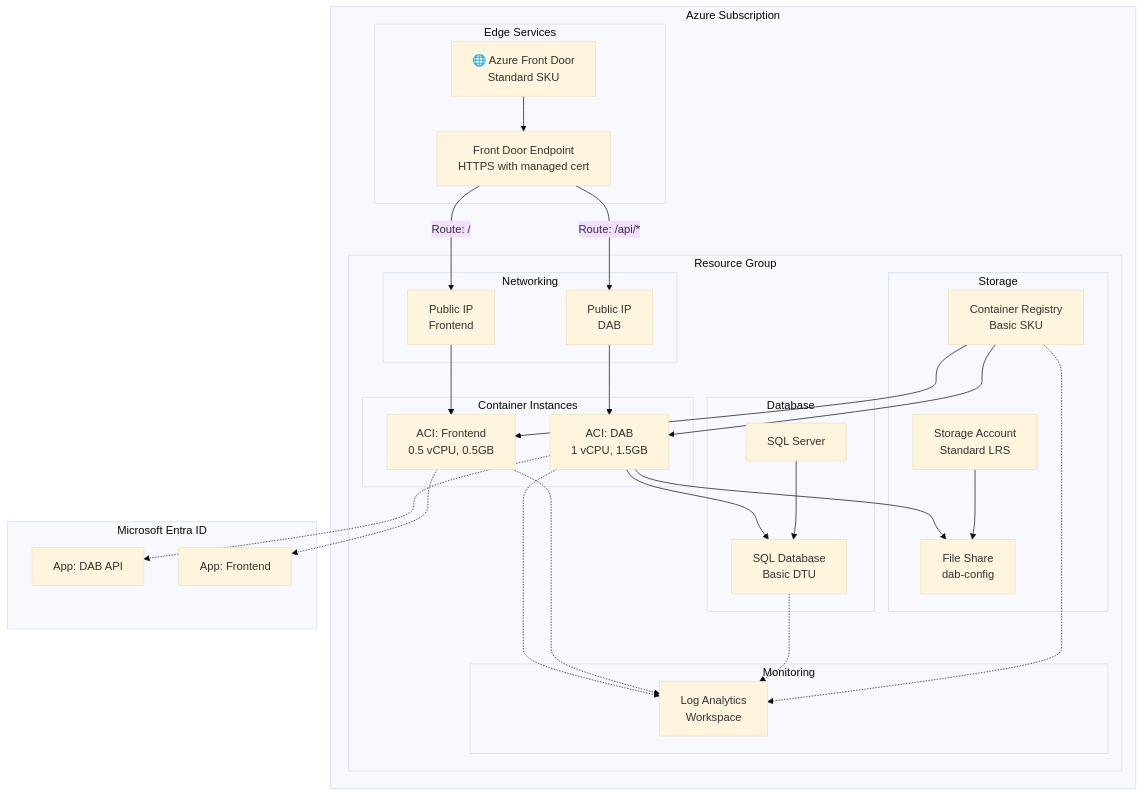
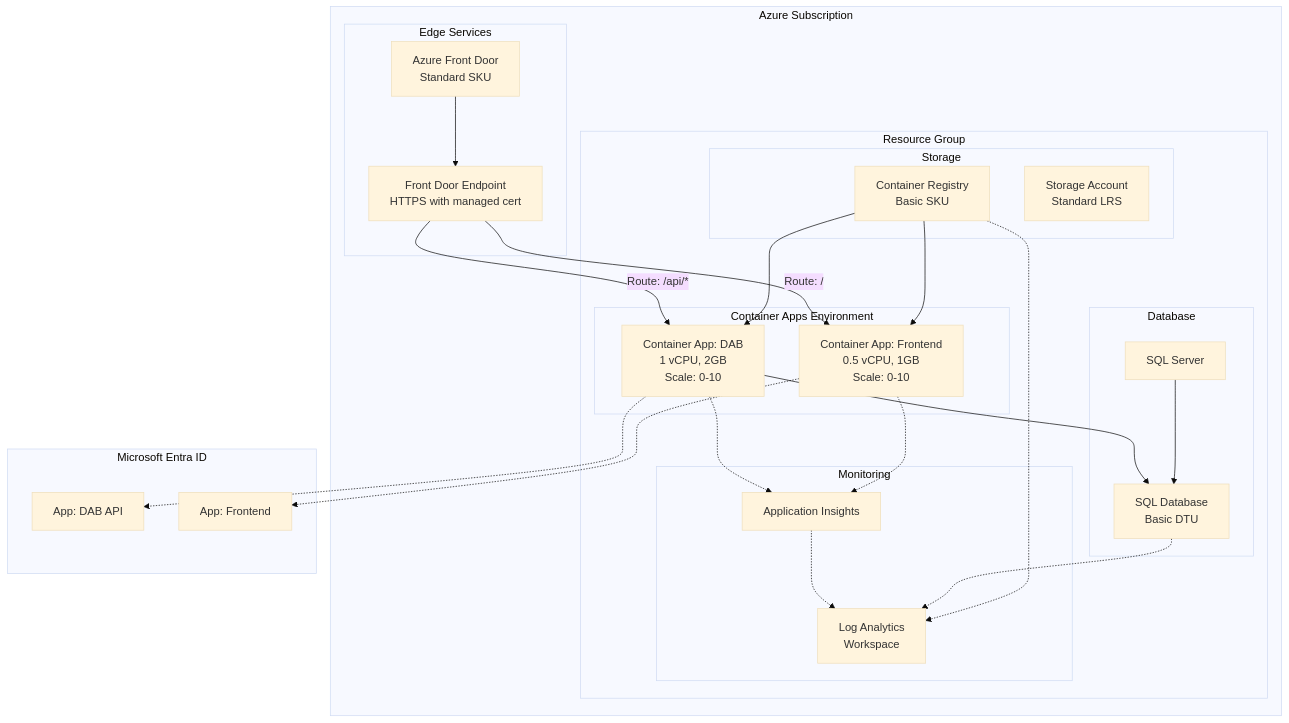
One commit to fgarofalo56/azure-dab-fullstack-demo changed the tenth of 13 diagrams in docs/architecture.md. Above: the diagram before and after it, drawn with Mermaid (base theme). The commit also changed other lines of this file and 40 other files, not shown here.

````diff
--- a/docs/architecture.md
+++ b/docs/architecture.md
@@ -490,59 +505,51 @@
 ```mermaid
 graph TB
     subgraph Subscription["Azure Subscription"]
         subgraph Edge["Edge Services"]
-            FrontDoor["🌐 Azure Front Door<br/>Standard SKU"]
+            FrontDoor["Azure Front Door<br/>Standard SKU"]
             FDEndpoint["Front Door Endpoint<br/>HTTPS with managed cert"]
         end
 
         subgraph RG["Resource Group"]
-            subgraph Network["Networking"]
-                PIP1["Public IP<br/>DAB"]
-                PIP2["Public IP<br/>Frontend"]
-            end
-
-            subgraph Containers["Container Instances"]
-                ACI1["ACI: DAB<br/>1 vCPU, 1.5GB"]
-                ACI2["ACI: Frontend<br/>0.5 vCPU, 0.5GB"]
+            subgraph CAE["Container Apps Environment"]
+                CA1["Container App: DAB<br/>1 vCPU, 2GB<br/>Scale: 0-10"]
+                CA2["Container App: Frontend<br/>0.5 vCPU, 1GB<br/>Scale: 0-10"]
             end
 
             subgraph Storage["Storage"]
                 ACR["Container Registry<br/>Basic SKU"]
                 StorageAcc["Storage Account<br/>Standard LRS"]
-                FileShare["File Share<br/>dab-config"]
             end
 
             subgraph Database["Database"]
                 SQLServer["SQL Server"]
                 SQLDB["SQL Database<br/>Basic DTU"]
             end
 
             subgraph Observability["Monitoring"]
+                AppInsights["Application Insights"]
                 LAW["Log Analytics<br/>Workspace"]
             end
         end
     end
 
     subgraph EntraID["Microsoft Entra ID"]
         AppReg1["App: DAB API"]
         AppReg2["App: Frontend"]
     end
 
     FrontDoor --> FDEndpoint
-    FDEndpoint -->|"Route: /"| PIP2
-    FDEndpoint -->|"Route: /api/*"| PIP1
-    PIP1 --> ACI1
-    PIP2 --> ACI2
-    ACI1 --> SQLDB
-    ACI1 --> FileShare
-    ACR --> ACI1
-    ACR --> ACI2
-    StorageAcc --> FileShare
+    FDEndpoint -->|"Route: /"| CA2
+    FDEndpoint -->|"Route: /api/*"| CA1
+    CA1 --> SQLDB
+    ACR --> CA1
+    ACR --> CA2
     SQLServer --> SQLDB
-    ACI1 -.-> AppReg1
-    ACI2 -.-> AppReg2
-    ACI1 -.-> LAW
-    ACI2 -.-> LAW
+    CA1 -.-> AppReg1
+    CA2 -.-> AppReg2
+    CA1 -.-> AppInsights
+    CA2 -.-> AppInsights
+    AppInsights -.-> LAW
     SQLDB -.-> LAW
     ACR -.-> LAW
 ```
````
